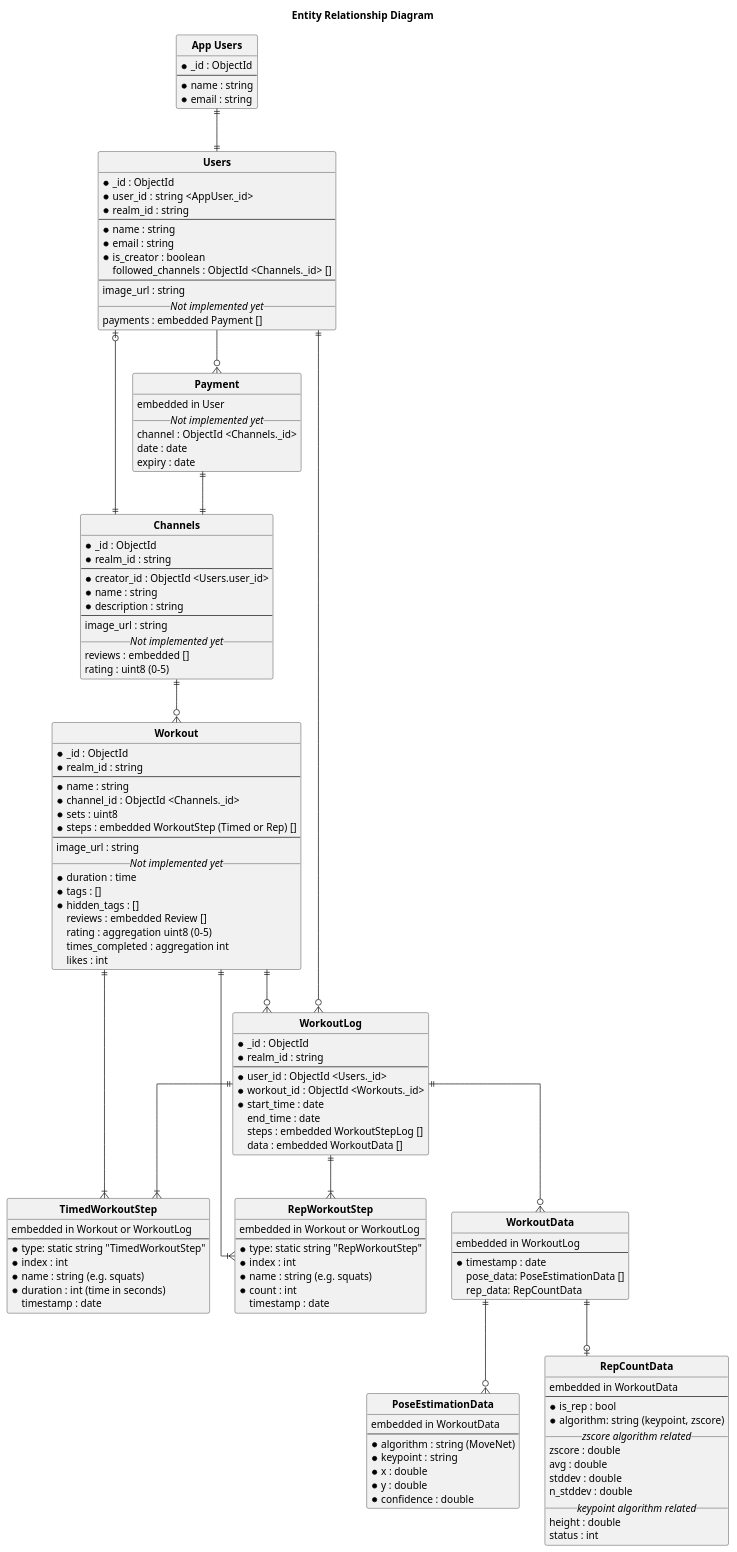
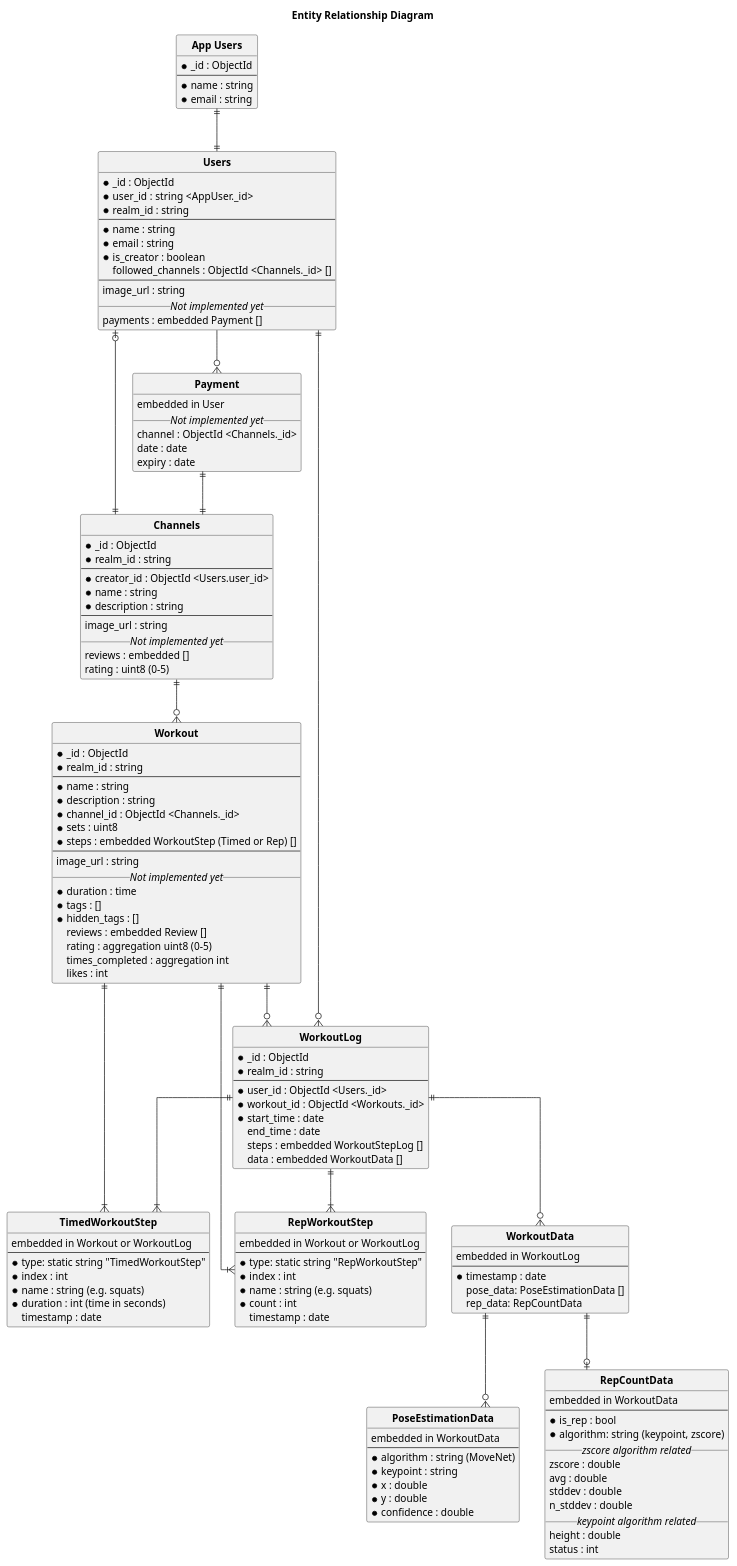
Before and after one commit to wongway/tmp-form-app: the diagram in docs/diagrams/src/data_schema.puml, drawn with PlantUML. The commit also changed 3 other files, not shown here.

```diff
--- a/docs/diagrams/src/data_schema.puml
+++ b/docs/diagrams/src/data_schema.puml
@@ -1,162 +1,163 @@
 @startuml data_schema
 
 title Entity Relationship Diagram
 ' Follows the standards in: https://plantuml.com/ie-diagram
 
 hide circle
 skinparam linetype ortho
 
 entity "**App Users**" as AppUser {
     * _id : ObjectId
     ---
     * name : string
     * email : string
 }
 
 entity "**Users**" as User {
     * _id : ObjectId
     * user_id : string <AppUser._id>
     * realm_id : string
     ---
     * name : string
     * email : string
     * is_creator : boolean
     followed_channels : ObjectId <Channels._id> []
     ---
     image_url : string
     __//Not implemented yet//__
     payments : embedded Payment []
 }
 
 entity "**Payment**" as Payment {
     embedded in User
     __//Not implemented yet//__
     channel : ObjectId <Channels._id>
     date : date
     expiry : date
 }
 
 entity "**Channels**" as Channel {
     * _id : ObjectId
     ' * channel_id : string
     * realm_id : string
     ---
     * creator_id : ObjectId <Users.user_id>
     * name : string
     * description : string
     ---
     image_url : string
     __//Not implemented yet//__
     reviews : embedded []
     rating : uint8 (0-5)
 }
 
 entity "**Workout**" as Workout {
     * _id : ObjectId
     * realm_id : string
     ---
     * name : string
+    * description : string
     * channel_id : ObjectId <Channels._id>
     * sets : uint8
     * steps : embedded WorkoutStep (Timed or Rep) []
     ---
     image_url : string
     __//Not implemented yet//__
     * duration : time
     * tags : []
     * hidden_tags : []
     reviews : embedded Review []
     rating : aggregation uint8 (0-5)
     times_completed : aggregation int
     likes : int
 }
 
 ' TODO: Probably want some sort of enum for type
 entity "**RepWorkoutStep**" as RepWorkoutStep {
     embedded in Workout or WorkoutLog
     ---
     * type: static string "RepWorkoutStep"
     * index : int
     * name : string (e.g. squats)
     * count : int
     timestamp : date
 }
 
 entity "**TimedWorkoutStep**" as TimedWorkoutStep {
     embedded in Workout or WorkoutLog
     ---
     * type: static string "TimedWorkoutStep"
     * index : int
     * name : string (e.g. squats)
     * duration : int (time in seconds)
     timestamp : date
 }
 
 entity "**WorkoutLog**" as WorkoutLog {
     * _id : ObjectId
     * realm_id : string
     ---
     * user_id : ObjectId <Users._id>
     * workout_id : ObjectId <Workouts._id>
     * start_time : date
     end_time : date
     steps : embedded WorkoutStepLog []
     data : embedded WorkoutData []
 }
 
 entity "**WorkoutData**" as WorkoutData {
     embedded in WorkoutLog
     ---
     * timestamp : date
     pose_data: PoseEstimationData []
     rep_data: RepCountData
 }
 
 entity "**PoseEstimationData**" as PoseEstimationData {
     embedded in WorkoutData
     ---
     * algorithm : string (MoveNet)
     * keypoint : string 
     * x : double
     * y : double
     * confidence : double
 }
 
 entity "**RepCountData**" as RepCountData {
     embedded in WorkoutData
     ---
     * is_rep : bool
     * algorithm: string (keypoint, zscore)
     __//zscore algorithm related//__
     zscore : double
     avg : double
     stddev : double
     n_stddev : double
     __//keypoint algorithm related//__
     height : double
     status : int
 }
 
 AppUser ||--|| User
 
 Workout ||--|{ TimedWorkoutStep
 Workout ||--|{ RepWorkoutStep
 Workout ||--o{ WorkoutLog
 
 WorkoutLog ||--|{ TimedWorkoutStep
 WorkoutLog ||--|{ RepWorkoutStep
 
 User ||--o{ WorkoutLog
 User --o{ Payment
 
 Payment ||--|| Channel
 
 ' Channel has one creator
 ' Users have zero or more followed channels
 Channel ||--o| User
 Channel ||--o{ Workout
 WorkoutLog ||--o{ WorkoutData
 WorkoutData ||--o{ PoseEstimationData
 WorkoutData ||--o| RepCountData
 
 @enduml
```
